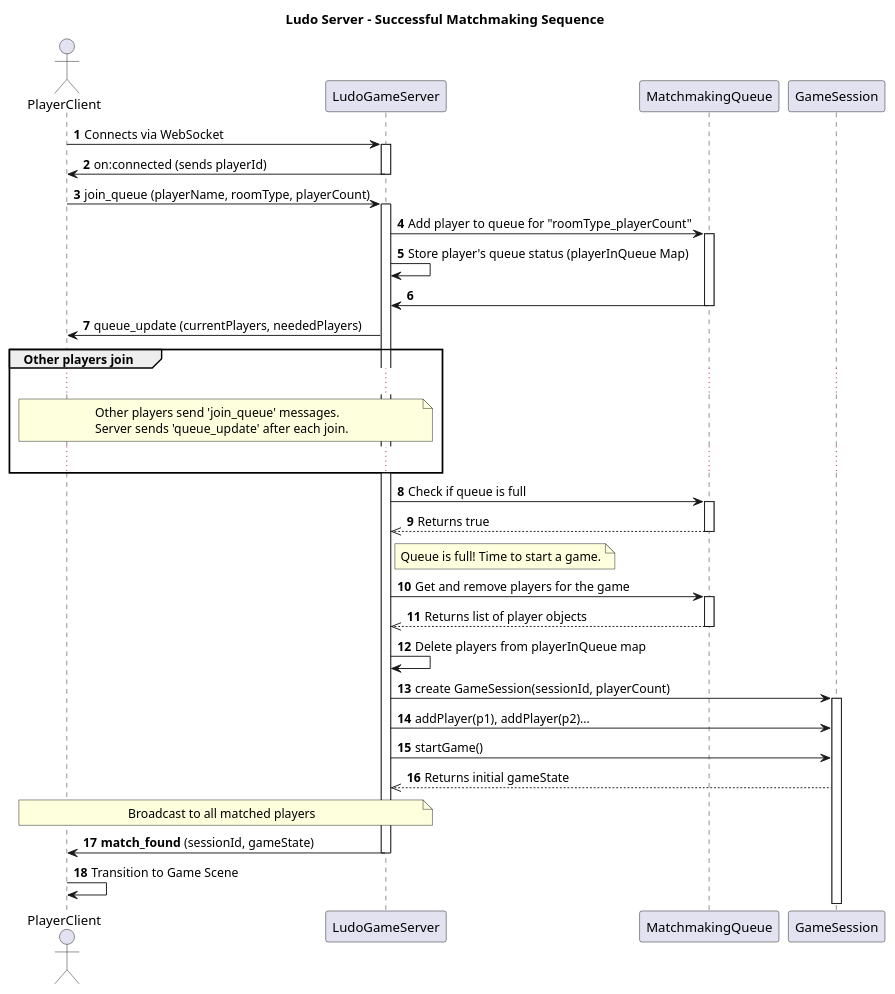
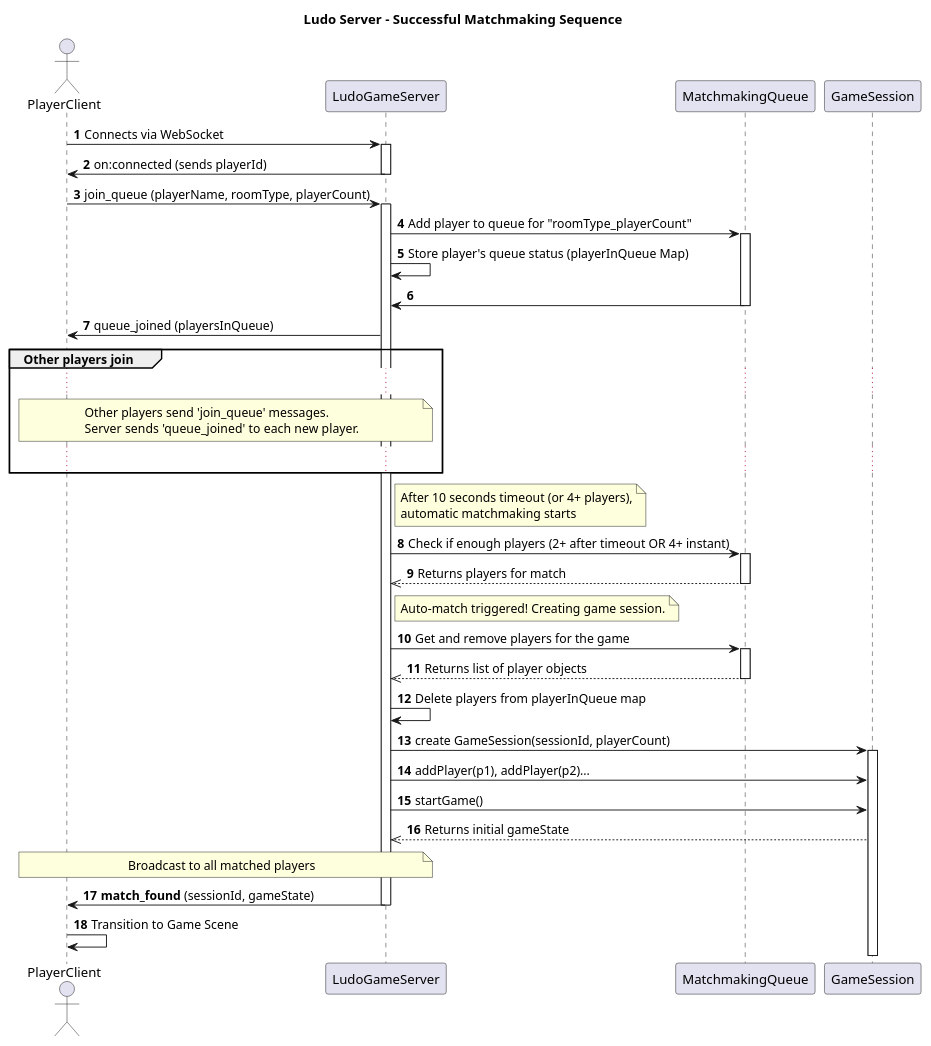
One commit to IAFahim/LudoLoop changed the diagram in server/2. Sequence Diagram - Successful Matchmaking Flow.puml. Above: the diagram before and after it, drawn with PlantUML. The commit also changed 13 other files, not shown here.

```diff
--- a/server/2. Sequence Diagram - Successful Matchmaking Flow.puml
+++ b/server/2. Sequence Diagram - Successful Matchmaking Flow.puml
@@ -1,57 +1,59 @@
 @startuml
 autonumber
 title Ludo Server - Successful Matchmaking Sequence
 
 actor "PlayerClient" as Client
 participant "LudoGameServer" as Server
 participant "MatchmakingQueue" as Queue
 participant "GameSession" as Game
 
 Client -> Server: Connects via WebSocket
 activate Server
 Server -> Client: on:connected (sends playerId)
 deactivate Server
 
 Client -> Server: join_queue (playerName, roomType, playerCount)
 activate Server
 Server -> Queue: Add player to queue for "roomType_playerCount"
 activate Queue
 Server -> Server: Store player's queue status (playerInQueue Map)
 Queue -> Server:
 deactivate Queue
 
-Server -> Client: queue_update (currentPlayers, neededPlayers)
+Server -> Client: queue_joined (playersInQueue)
 
 group Other players join
     ...
-    note over Client, Server: Other players send 'join_queue' messages.\nServer sends 'queue_update' after each join.
+    note over Client, Server: Other players send 'join_queue' messages.\nServer sends 'queue_joined' to each new player.
     ...
 end
 
-Server -> Queue: Check if queue is full
+note right of Server: After 10 seconds timeout (or 4+ players),\nautomatic matchmaking starts
+
+Server -> Queue: Check if enough players (2+ after timeout OR 4+ instant)
 activate Queue
-Queue -->> Server: Returns true
+Queue -->> Server: Returns players for match
 deactivate Queue
 
-note right of Server: Queue is full! Time to start a game.
+note right of Server: Auto-match triggered! Creating game session.
 
 Server -> Queue: Get and remove players for the game
 activate Queue
 Queue -->> Server: Returns list of player objects
 deactivate Queue
 Server -> Server: Delete players from playerInQueue map
 
 Server -> Game: create GameSession(sessionId, playerCount)
 activate Game
 Server -> Game: addPlayer(p1), addPlayer(p2)...
 Server -> Game: startGame()
 Game -->> Server: Returns initial gameState
 
 note over Server, Client: Broadcast to all matched players
 
 Server -> Client: **match_found** (sessionId, gameState)
 deactivate Server
 
 Client -> Client: Transition to Game Scene
 
 @enduml
```
